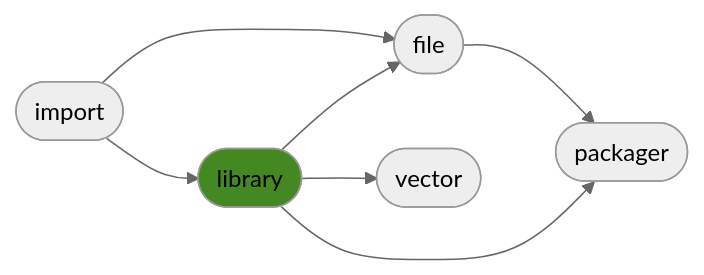
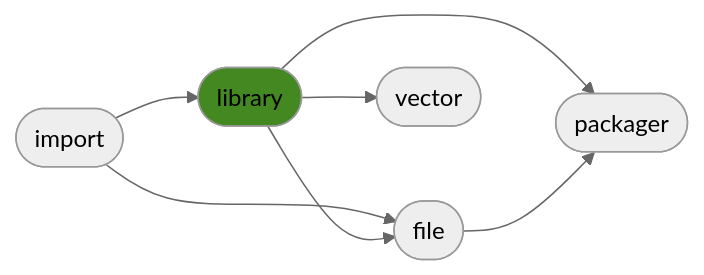
The diagram in README.md (ManderaGeneral/generallibrary), drawn with Mermaid (neutral theme) before and after one commit. The commit also changed other lines of this file, not shown here.

````diff
--- a/README.md
+++ b/README.md
@@ -24,15 +24,15 @@
 ```mermaid
 flowchart LR
-2([file]) --> 4([packager])
-1([library]) --> 2([file])
 0([import]) --> 2([file])
 1([library]) --> 3([vector])
 1([library]) --> 4([packager])
 0([import]) --> 1([library])
+1([library]) --> 2([file])
+2([file]) --> 4([packager])
 click 0 "https://github.com/ManderaGeneral/generalimport"
 click 1 "https://github.com/ManderaGeneral/generallibrary"
 click 2 "https://github.com/ManderaGeneral/generalfile"
 click 3 "https://github.com/ManderaGeneral/generalvector"
 click 4 "https://github.com/ManderaGeneral/generalpackager"
 style 1 fill:#482
 ```
````
